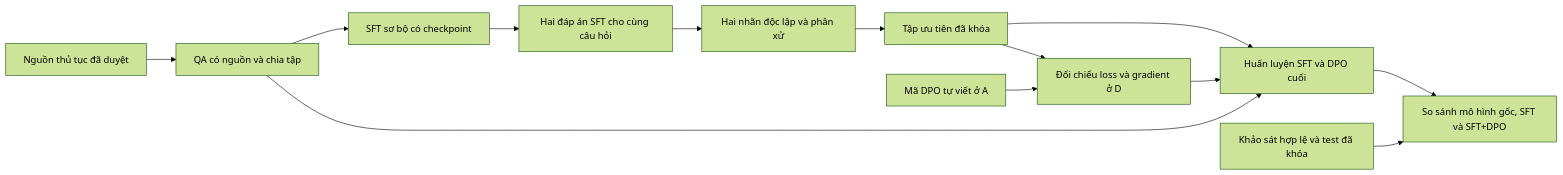
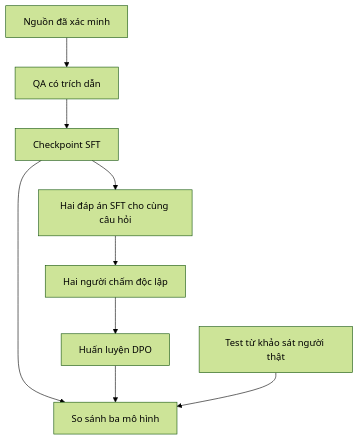
One commit to CaoRIV/ml-final-transformer-sft-dpo changed the diagram in docs/progress/team-execution-plan.md. Above: the diagram before and after it, drawn with Mermaid (forest theme). The commit also changed other lines of this file and 2 other files, not shown here.

````diff
--- a/docs/progress/team-execution-plan.md
+++ b/docs/progress/team-execution-plan.md
@@ -26,15 +85,11 @@
 ```mermaid
-flowchart LR
-    SRC[Nguồn thủ tục đã duyệt] --> QA[QA có nguồn và chia tập]
-    QA --> SFT[SFT sơ bộ có checkpoint]
-    SFT --> CAND[Hai đáp án SFT cho cùng câu hỏi]
-    CAND --> LABEL[Hai nhãn độc lập và phân xử]
-    LABEL --> PREF[Tập ưu tiên đã khóa]
-    QA --> RUN[Huấn luyện SFT và DPO cuối]
-    PREF --> RUN
-    A[Mã DPO tự viết ở A] --> CHECK[Đối chiếu loss và gradient ở D]
-    PREF --> CHECK
-    CHECK --> RUN
-    RUN --> EVAL[So sánh mô hình gốc, SFT và SFT+DPO]
-    TEST[Khảo sát hợp lệ và test đã khóa] --> EVAL
+flowchart TD
+    SRC[Nguồn đã xác minh] --> QA[QA có trích dẫn]
+    QA --> SFT[Checkpoint SFT]
+    SFT --> PAIR[Hai đáp án SFT cho cùng câu hỏi]
+    PAIR --> LABEL[Hai người chấm độc lập]
+    LABEL --> DPO[Huấn luyện DPO]
+    SFT --> EVAL[So sánh ba mô hình]
+    DPO --> EVAL
+    TEST[Test từ khảo sát người thật] --> EVAL
 ```
````
